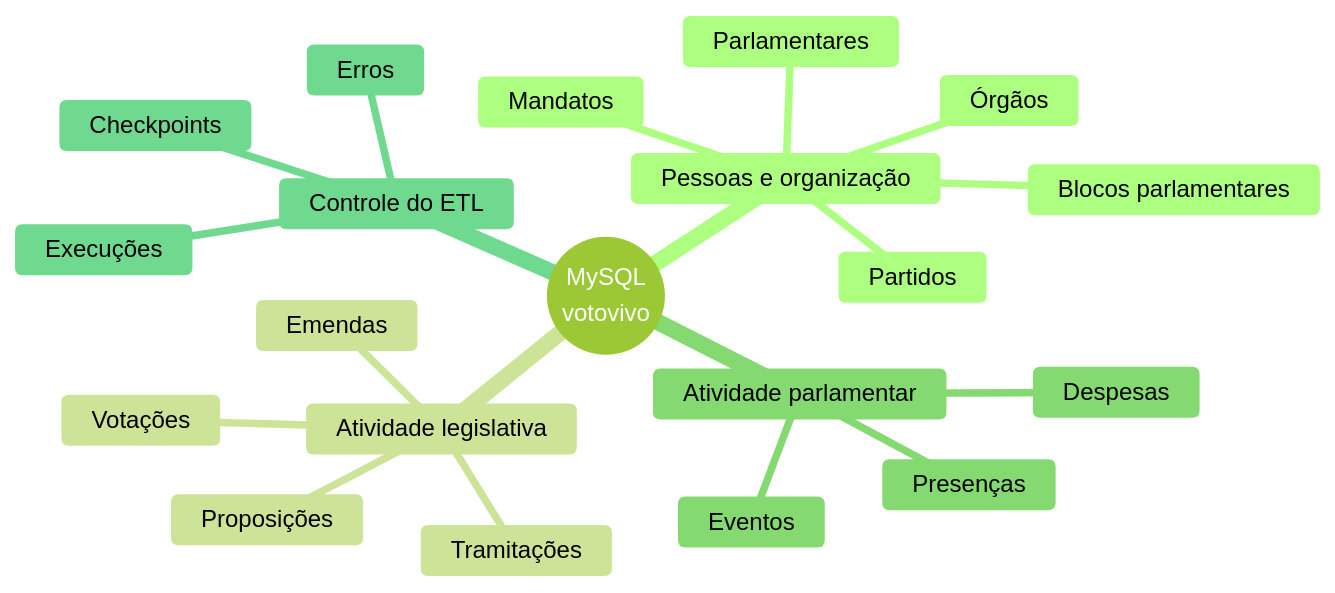
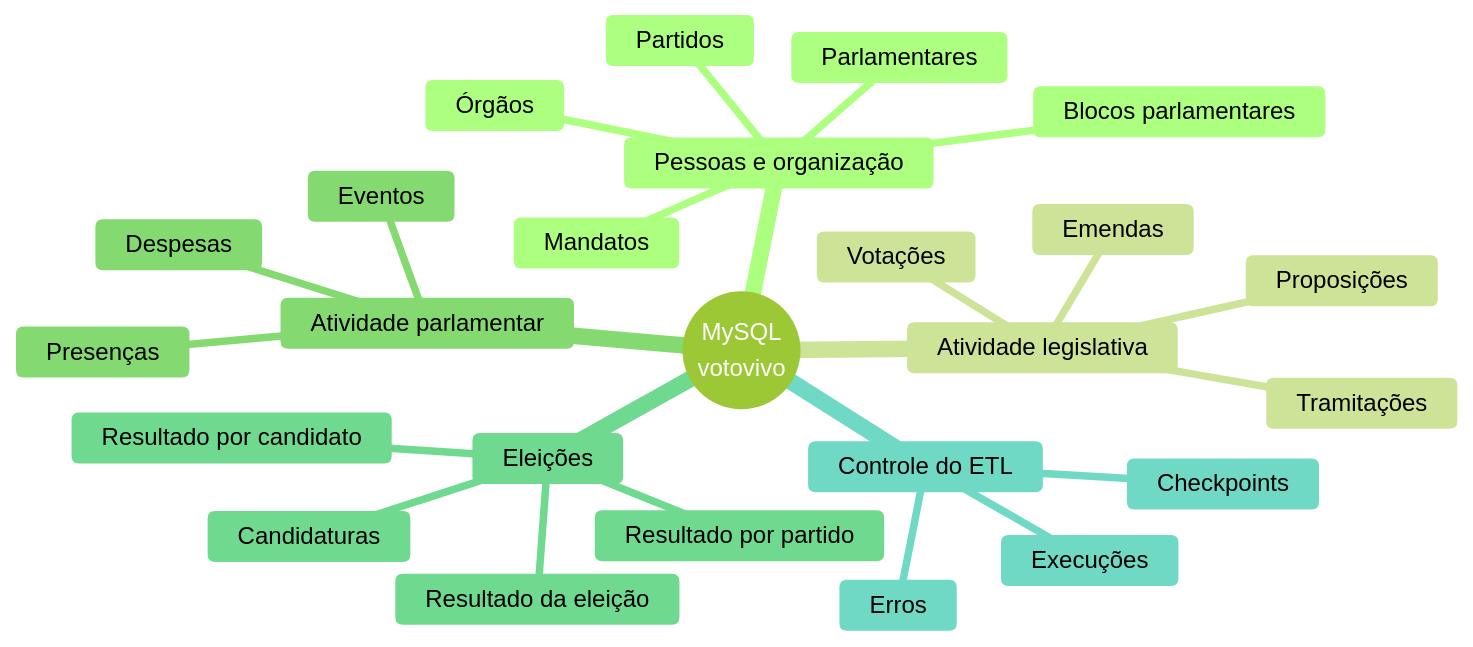
Before and after one commit to Projeto-Voto-Vivo/Documentacao: diagram 14 of 19 in diagramas.md, drawn with Mermaid (forest theme). The commit also changed other lines of this file, not shown here.

Commit message:
update diagrams

````diff
--- a/diagramas.md
+++ b/diagramas.md
@@ -309,23 +454,28 @@
 ```mermaid
 mindmap
   root((MySQL<br/>votovivo))
     Pessoas e organização
       Parlamentares
       Partidos
       Mandatos
       Órgãos
       Blocos parlamentares
     Atividade legislativa
       Proposições
       Tramitações
       Votações
       Emendas
     Atividade parlamentar
       Despesas
       Eventos
       Presenças
+    Eleições
+      Candidaturas
+      Resultado da eleição
+      Resultado por candidato
+      Resultado por partido
     Controle do ETL
       Execuções
       Checkpoints
       Erros
 ```
````
